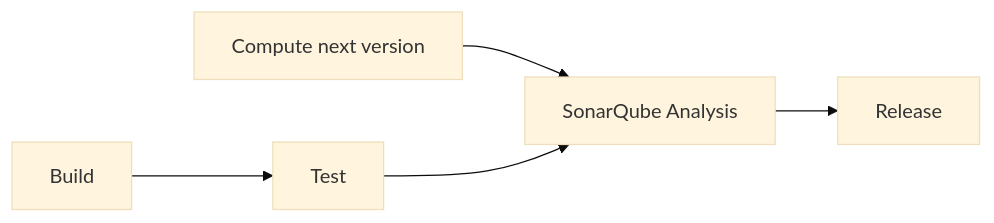
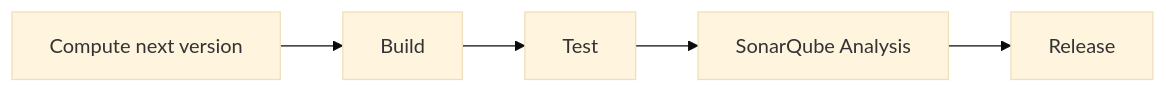
The diagram in README.md (rmrighes-sonar/sonarqube-compose), drawn with Mermaid (base theme) before and after one commit. The commit also changed other lines of this file and 1 other file, not shown here.

First line of the commit message:
ci: run version sequentially before build, per explicit preference

````diff
--- a/README.md
+++ b/README.md
@@ -284,6 +284,4 @@
 ```mermaid
 flowchart LR
-    version[Compute next version] --> sonar[SonarQube Analysis]
-    build[Build] --> test[Test] --> sonar
-    sonar --> release[Release]
+    version[Compute next version] --> build[Build] --> test[Test] --> sonar[SonarQube Analysis] --> release[Release]
 ```
````
